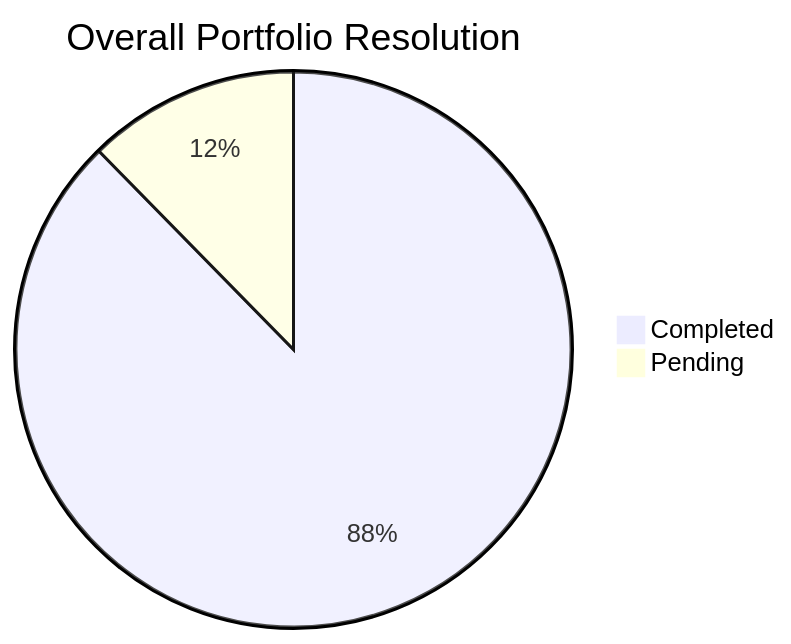
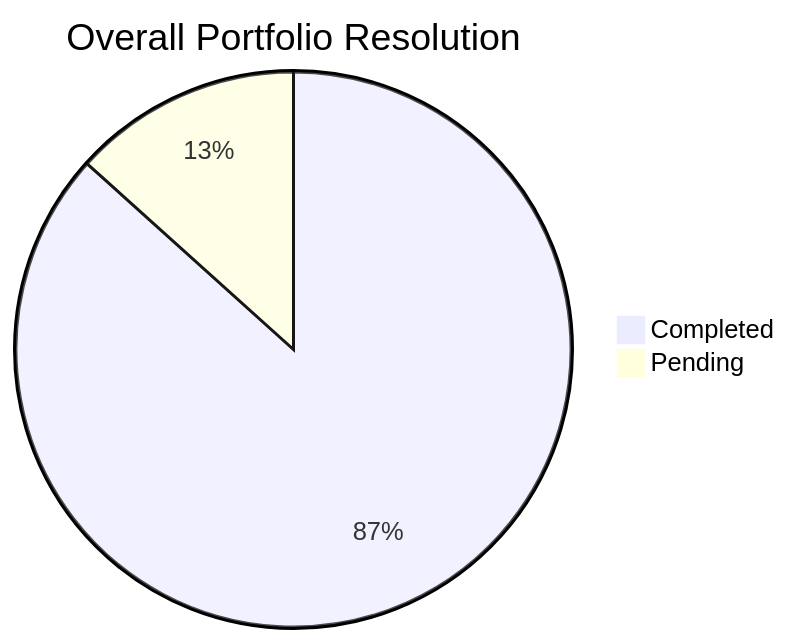
One commit to sagarms97/MyWorkDairy changed the diagram in Global_Summary.md. Above: the diagram before and after it, drawn with Mermaid. The commit also changed other lines of this file and 14 other files, not shown here.

````diff
--- a/Global_Summary.md
+++ b/Global_Summary.md
@@ -12,5 +12,5 @@
 ```mermaid
 pie title Overall Portfolio Resolution
-    "Completed" : 71
-    "Pending" : 10
+    "Completed" : 78
+    "Pending" : 12
 ```
````
